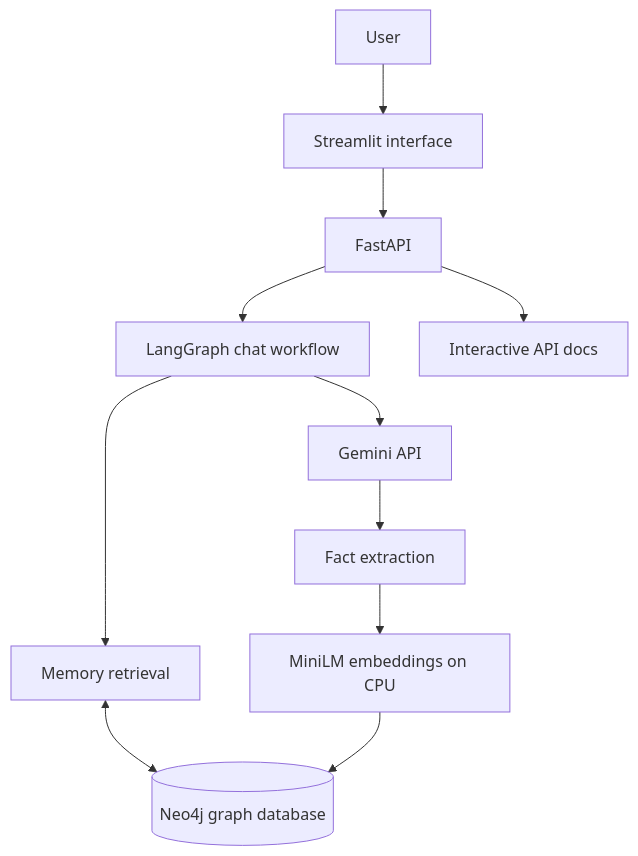
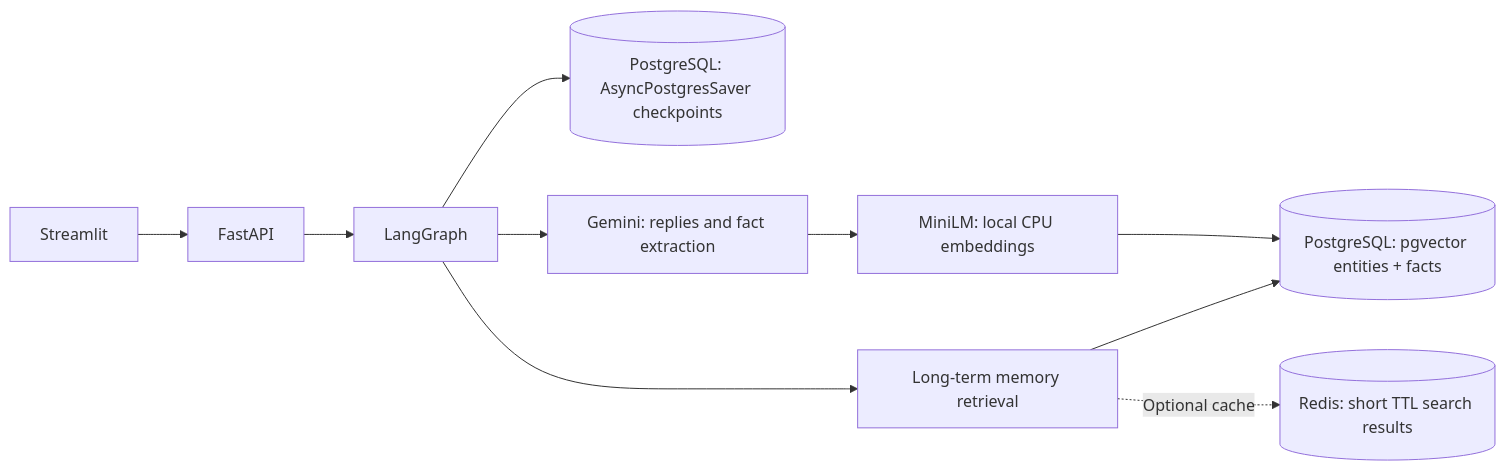
One commit to Srushtinarwade/Agentic-AI-Memory-System changed the diagram in README.md. Above: the diagram before and after it, drawn with Mermaid. The commit also changed other lines of this file and 31 other files, not shown here.

First line of the commit message:
Add PostgreSQL checkpointing and optional Redis

````diff
--- a/README.md
+++ b/README.md
@@ -15,13 +11,12 @@
 ```mermaid
-flowchart TD
-    U[User] --> UI[Streamlit interface]
-    UI --> API[FastAPI]
-    API --> A[LangGraph chat workflow]
-    A --> R[Memory retrieval]
-    R <--> N[(Neo4j graph database)]
-    A --> G[Gemini API]
-    G --> E[Fact extraction]
-    E --> M[MiniLM embeddings on CPU]
-    M --> N
-    API --> DOCS[Interactive API docs]
+flowchart LR
+    UI[Streamlit] --> API[FastAPI]
+    API --> LG[LangGraph]
+    LG --> CP[(PostgreSQL: AsyncPostgresSaver checkpoints)]
+    LG --> R[Long-term memory retrieval]
+    R --> PG[(PostgreSQL: pgvector entities + facts)]
+    R -. Optional cache .-> REDIS[(Redis: short TTL search results)]
+    LG --> GEM[Gemini: replies and fact extraction]
+    GEM --> EMB[MiniLM: local CPU embeddings]
+    EMB --> PG
 ```
````
